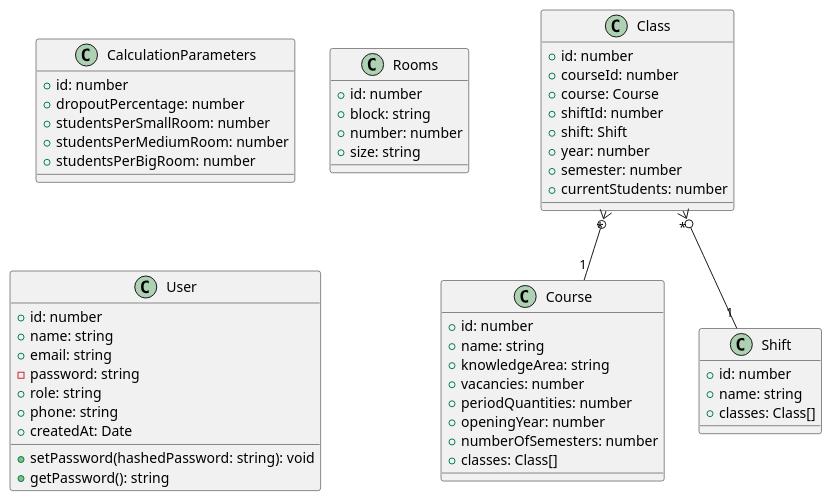
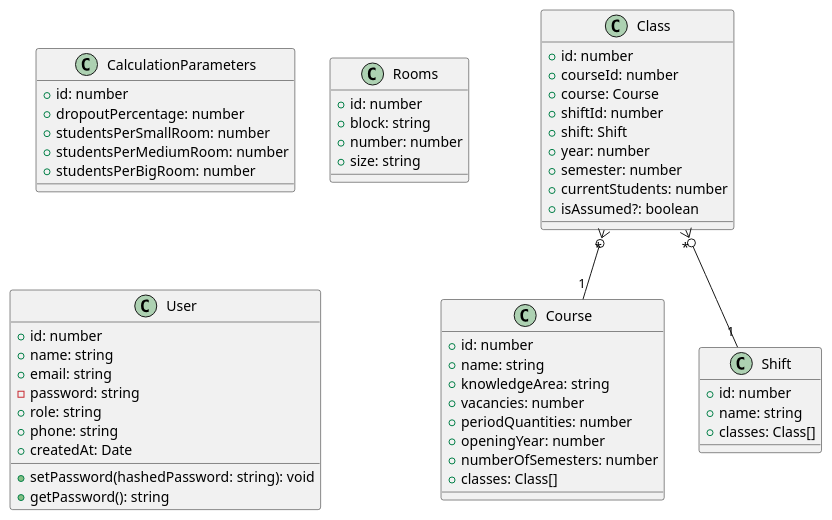
One commit to Grupo-5-Biopark/grupo05 changed the diagram in docs/uml/_combined.puml. Above: the diagram before and after it, drawn with PlantUML. The commit also changed 13 other files, not shown here.

```diff
--- a/docs/uml/_combined.puml
+++ b/docs/uml/_combined.puml
@@ -1,60 +1,61 @@
 @startuml
 ' Combined Domain Model
-' Generated: 2025-11-20T18:19:43.381Z
+' Generated: 2025-11-20T19:47:38.929Z
 ' Modules: calculation-parameters, classes, courses, rooms, shifts, users
 
 
 class CalculationParameters {
     +id: number
     +dropoutPercentage: number
     +studentsPerSmallRoom: number
     +studentsPerMediumRoom: number
     +studentsPerBigRoom: number
 }
 class Course {
     +id: number
     +name: string
     +knowledgeArea: string
     +vacancies: number
     +periodQuantities: number
     +openingYear: number
     +numberOfSemesters: number
     +classes: Class[]
 }
 class Shift {
     +id: number
     +name: string
     +classes: Class[]
 }
 class Class {
     +id: number
     +courseId: number
     +course: Course
     +shiftId: number
     +shift: Shift
     +year: number
     +semester: number
     +currentStudents: number
+    +isAssumed?: boolean
 }
 class Rooms {
     +id: number
     +block: string
     +number: number
     +size: string
 }
 class User {
     +id: number
     +name: string
     +email: string
     -password: string
     +role: string
     +phone: string
     +createdAt: Date
     +setPassword(hashedPassword: string): void
     +getPassword(): string
 }
 
 ' Relationships
 Class "*" }o-- "1" Course
 Class "*" }o-- "1" Shift
 @enduml
```
